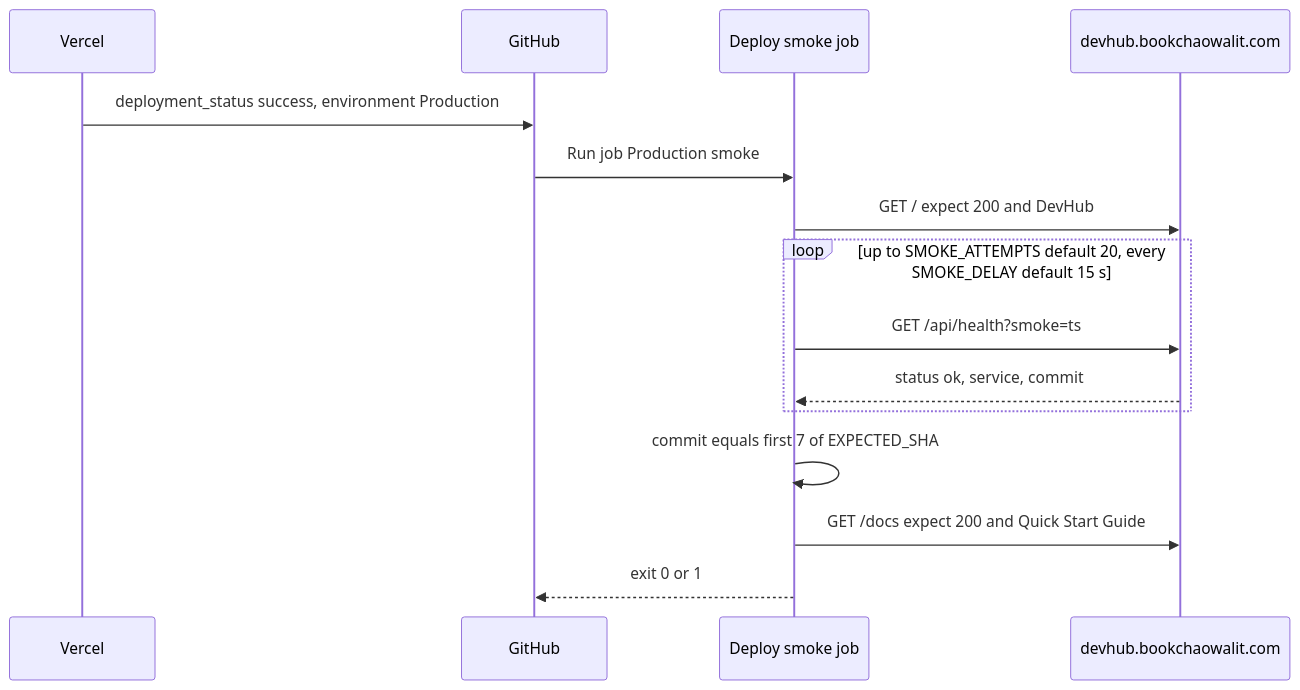
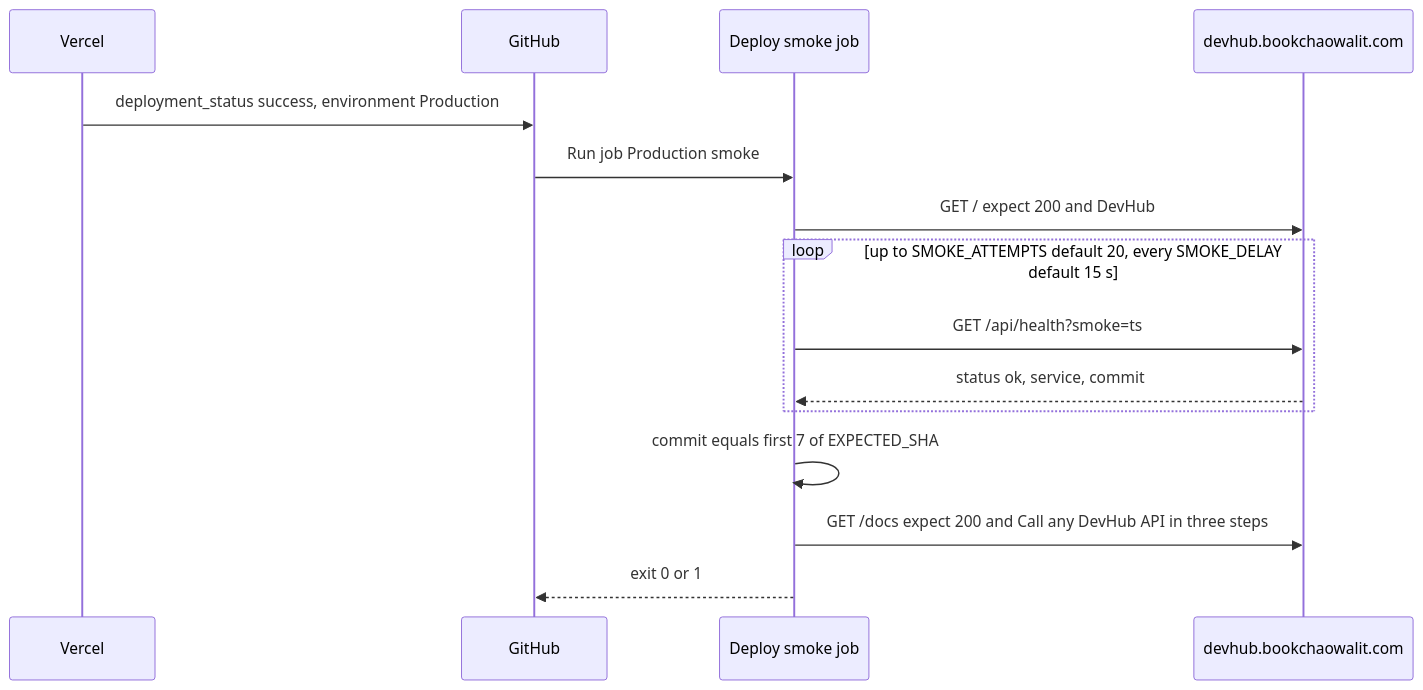
One commit to bookchaowalit-website/devtools-devhub-web changed the third of 3 diagrams in docs/diagrams/10-sequences.md. Above: the diagram before and after it, drawn with Mermaid. The commit also changed 8 other files, not shown here.

````diff
--- a/docs/diagrams/10-sequences.md
+++ b/docs/diagrams/10-sequences.md
@@ -61,17 +61,17 @@
 ```mermaid
 sequenceDiagram
   participant V as Vercel
   participant G as GitHub
   participant J as Deploy smoke job
   participant P as devhub.bookchaowalit.com
   V->>G: deployment_status success, environment Production
   G->>J: Run job Production smoke
   J->>P: GET / expect 200 and DevHub
   loop up to SMOKE_ATTEMPTS default 20, every SMOKE_DELAY default 15 s
     J->>P: GET /api/health?smoke=ts
     P-->>J: status ok, service, commit
   end
   J->>J: commit equals first 7 of EXPECTED_SHA
-  J->>P: GET /docs expect 200 and Quick Start Guide
+  J->>P: GET /docs expect 200 and Call any DevHub API in three steps
   J-->>G: exit 0 or 1
 ```
````
